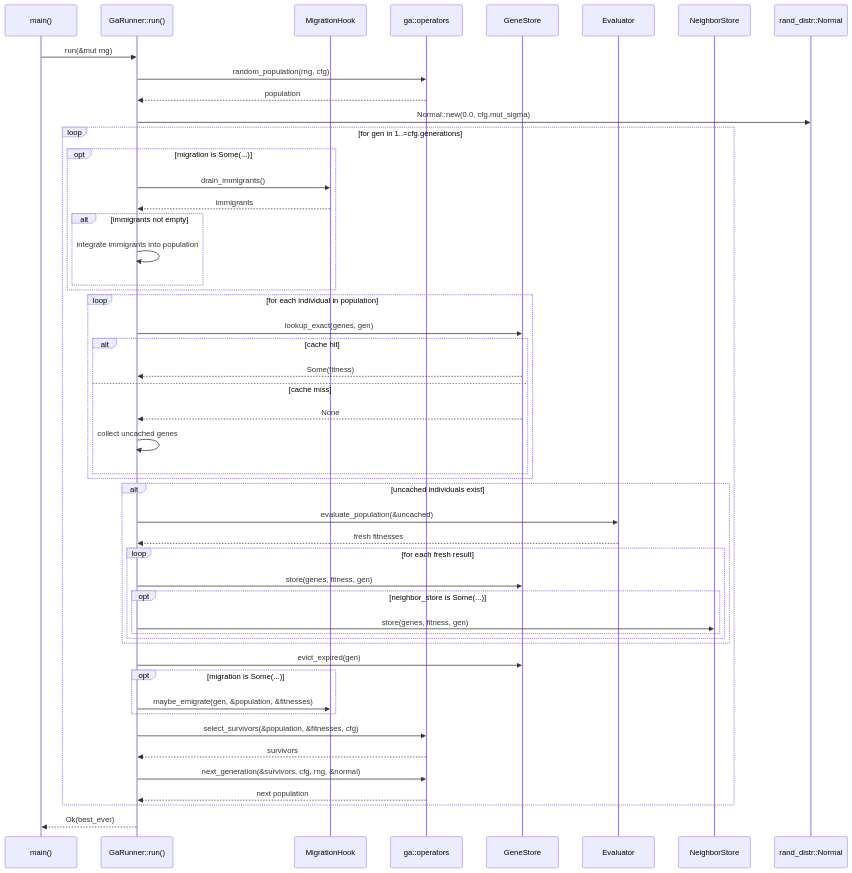
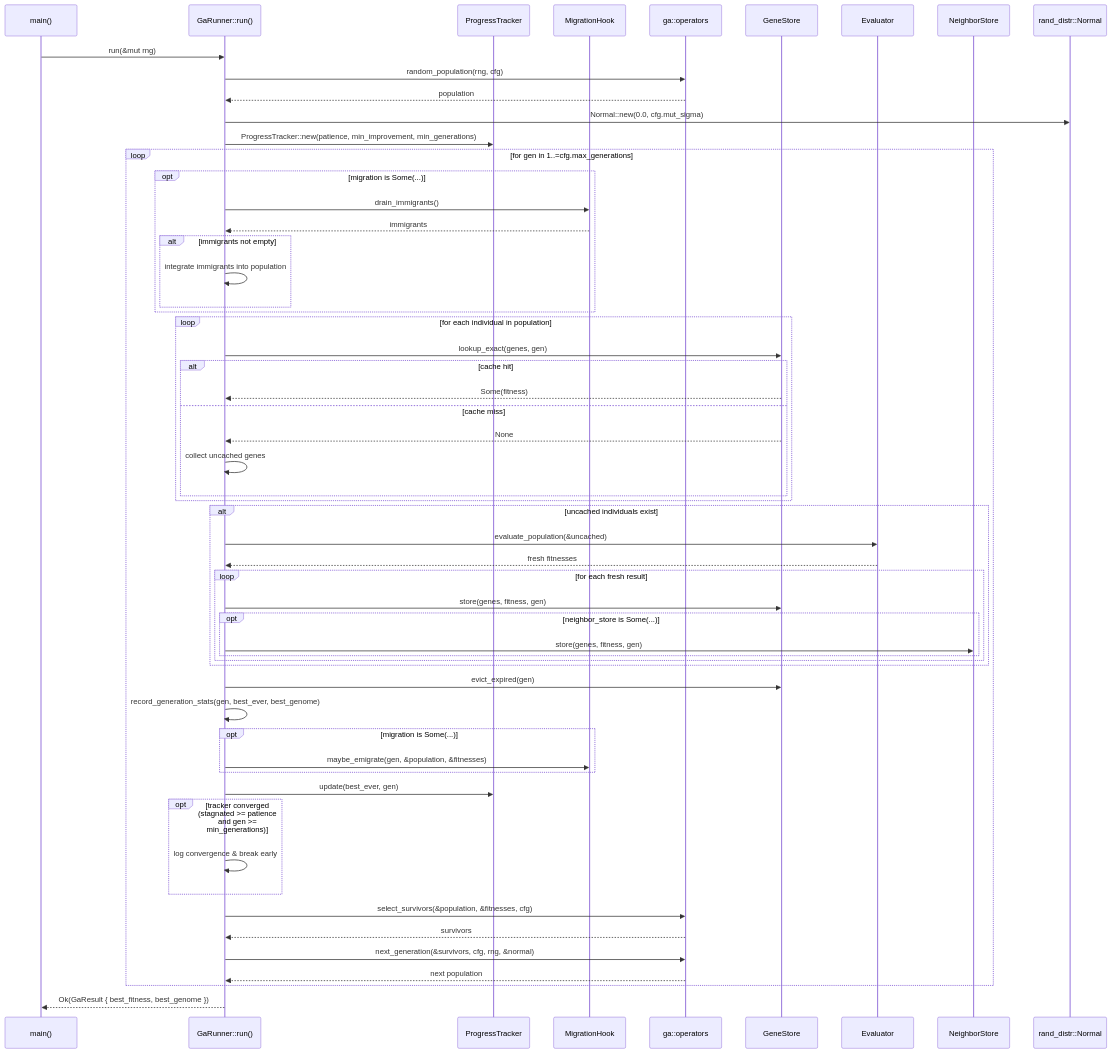
The diagram in orchestrator/docs/sequence-diagrams/ga-run/sequence.mmd (Mauragkas/thesis_grpc_lead_dga_cfd), drawn with Mermaid before and after one commit. The commit also changed 27 other files, not shown here.

```diff
--- a/orchestrator/docs/sequence-diagrams/ga-run/sequence.mmd
+++ b/orchestrator/docs/sequence-diagrams/ga-run/sequence.mmd
@@ -1,60 +1,68 @@
 sequenceDiagram
     participant Main as main()
     participant Runner as GaRunner::run()
+    participant Tracker as ProgressTracker
     participant Mig as MigrationHook
     participant Ops as ga::operators
     participant Store as GeneStore
     participant Eval as Evaluator
     participant NStore as NeighborStore
     participant Normal as rand_distr::Normal
 
     Main->>Runner: run(&mut rng)
     Runner->>Ops: random_population(rng, cfg)
     Ops-->>Runner: population
 
     Runner->>Normal: Normal::new(0.0, cfg.mut_sigma)
+    Runner->>Tracker: ProgressTracker::new(patience, min_improvement, min_generations)
 
-    loop for gen in 1..=cfg.generations
+    loop for gen in 1..=cfg.max_generations
         opt migration is Some(...)
             Runner->>Mig: drain_immigrants()
             Mig-->>Runner: immigrants
             alt immigrants not empty
                 Runner->>Runner: integrate immigrants into population
             end
         end
 
         loop for each individual in population
             Runner->>Store: lookup_exact(genes, gen)
             alt cache hit
                 Store-->>Runner: Some(fitness)
             else cache miss
                 Store-->>Runner: None
                 Runner->>Runner: collect uncached genes
             end
         end
 
         alt uncached individuals exist
             Runner->>Eval: evaluate_population(&uncached)
             Eval-->>Runner: fresh fitnesses
 
             loop for each fresh result
                 Runner->>Store: store(genes, fitness, gen)
                 opt neighbor_store is Some(...)
                     Runner->>NStore: store(genes, fitness, gen)
                 end
             end
         end
 
         Runner->>Store: evict_expired(gen)
+        Runner->>Runner: record_generation_stats(gen, best_ever, best_genome)
 
         opt migration is Some(...)
             Runner->>Mig: maybe_emigrate(gen, &population, &fitnesses)
+        end
+
+        Runner->>Tracker: update(best_ever, gen)
+        opt tracker converged (stagnated >= patience and gen >= min_generations)
+            Runner->>Runner: log convergence & break early
         end
 
         Runner->>Ops: select_survivors(&population, &fitnesses, cfg)
         Ops-->>Runner: survivors
         Runner->>Ops: next_generation(&survivors, cfg, rng, &normal)
         Ops-->>Runner: next population
     end
 
-    Runner-->>Main: Ok(best_ever)
+    Runner-->>Main: Ok(GaResult { best_fitness, best_genome })
```
